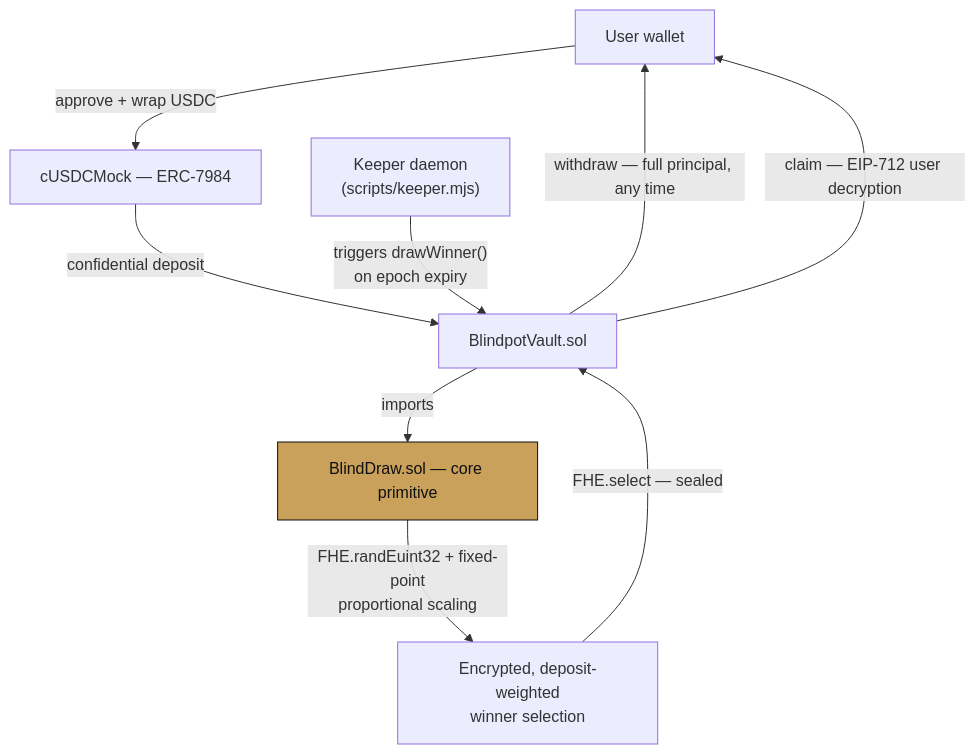
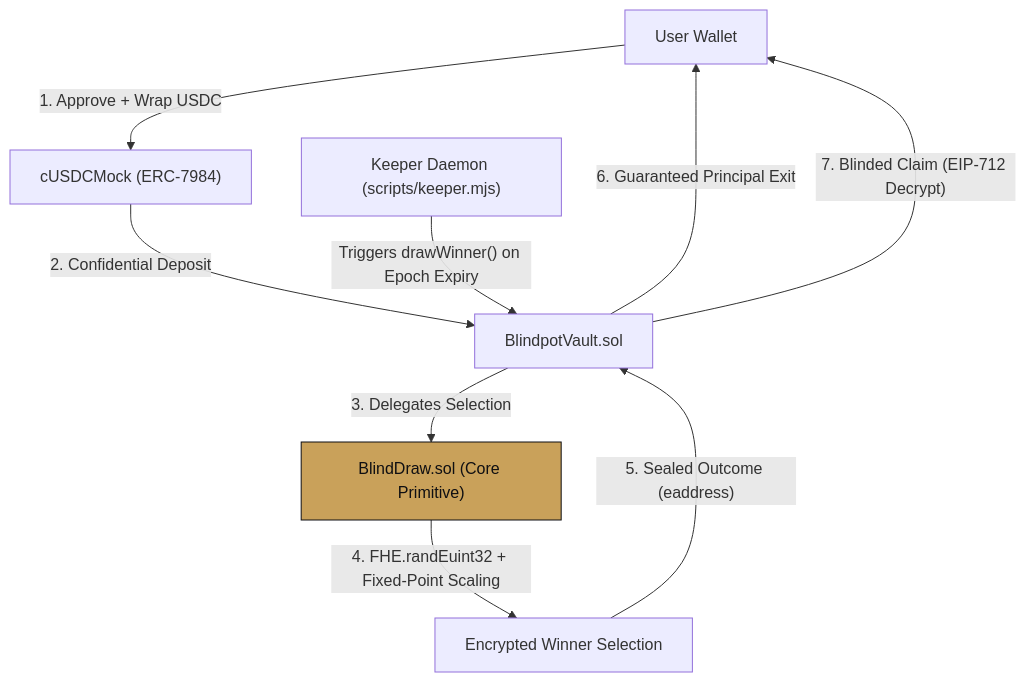
Before and after one commit to Habuskid/blindpot: the diagram in README.md, drawn with Mermaid. The commit also changed other lines of this file, not shown here.

````diff
--- a/README.md
+++ b/README.md
@@ -57,13 +79,13 @@
 ```mermaid
 flowchart TD
-    A["User wallet"] -->|"approve + wrap USDC"| B["cUSDCMock — ERC-7984"]
-    B -->|"confidential deposit"| C["BlindpotVault.sol"]
-    C -->|"imports"| D["BlindDraw.sol — core primitive"]
-    D -->|"FHE.randEuint32 + fixed-point<br/>proportional scaling"| E["Encrypted, deposit-weighted<br/>winner selection"]
-    E -->|"FHE.select — sealed"| C
-    C -->|"withdraw — full principal, any time"| A
-    C -->|"claim — EIP-712 user decryption"| A
-    F["Keeper daemon<br/>(scripts/keeper.mjs)"] -->|"triggers drawWinner()<br/>on epoch expiry"| C
+    A["User Wallet"] -->|"1. Approve + Wrap USDC"| B["cUSDCMock (ERC-7984)"]
+    B -->|"2. Confidential Deposit"| C["BlindpotVault.sol"]
+    C -->|"3. Delegates Selection"| D["BlindDraw.sol (Core Primitive)"]
+    D -->|"4. FHE.randEuint32 + Fixed-Point Scaling"| E["Encrypted Winner Selection"]
+    E -->|"5. Sealed Outcome (eaddress)"| C
+    C -->|"6. Guaranteed Principal Exit"| A
+    C -->|"7. Blinded Claim (EIP-712 Decrypt)"| A
+    F["Keeper Daemon (scripts/keeper.mjs)"] -->|"Triggers drawWinner() on Epoch Expiry"| C
 
     style D fill:#C9A15A,stroke:#0F0F12,color:#0F0F12
 ```
````
